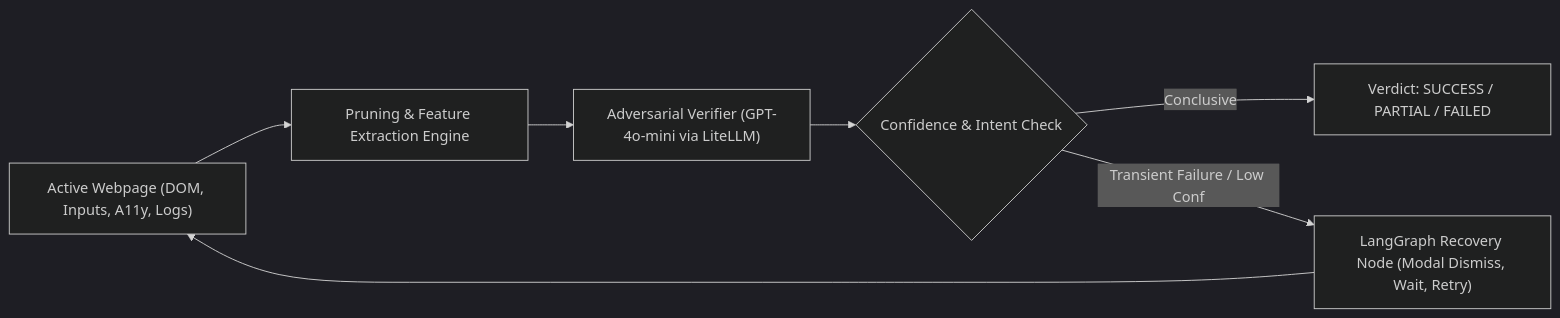
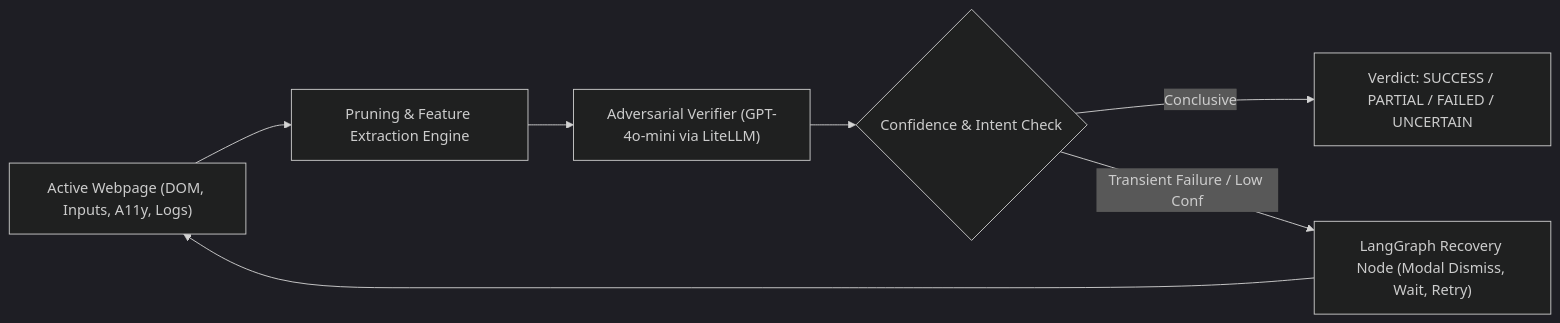
One commit to Manideep667320/ActVerge changed the first of 2 diagrams in README.md. Above: the diagram before and after it, drawn with Mermaid (dark theme). The commit also changed other lines of this file and 16 other files, not shown here.

````diff
--- a/README.md
+++ b/README.md
@@ -95,9 +98,9 @@
 ```mermaid
 flowchart LR
     A["Active Webpage (DOM, Inputs, A11y, Logs)"] --> B["Pruning & Feature Extraction Engine"]
     B --> C["Adversarial Verifier (GPT-4o-mini via LiteLLM)"]
     C --> D{"Confidence & Intent Check"}
-    D -->|Conclusive| E["Verdict: SUCCESS / PARTIAL / FAILED"]
+    D -->|Conclusive| E["Verdict: SUCCESS / PARTIAL / FAILED / UNCERTAIN"]
     D -->|Transient Failure / Low Conf| F["LangGraph Recovery Node (Modal Dismiss, Wait, Retry)"]
     F --> A
 ```
````
